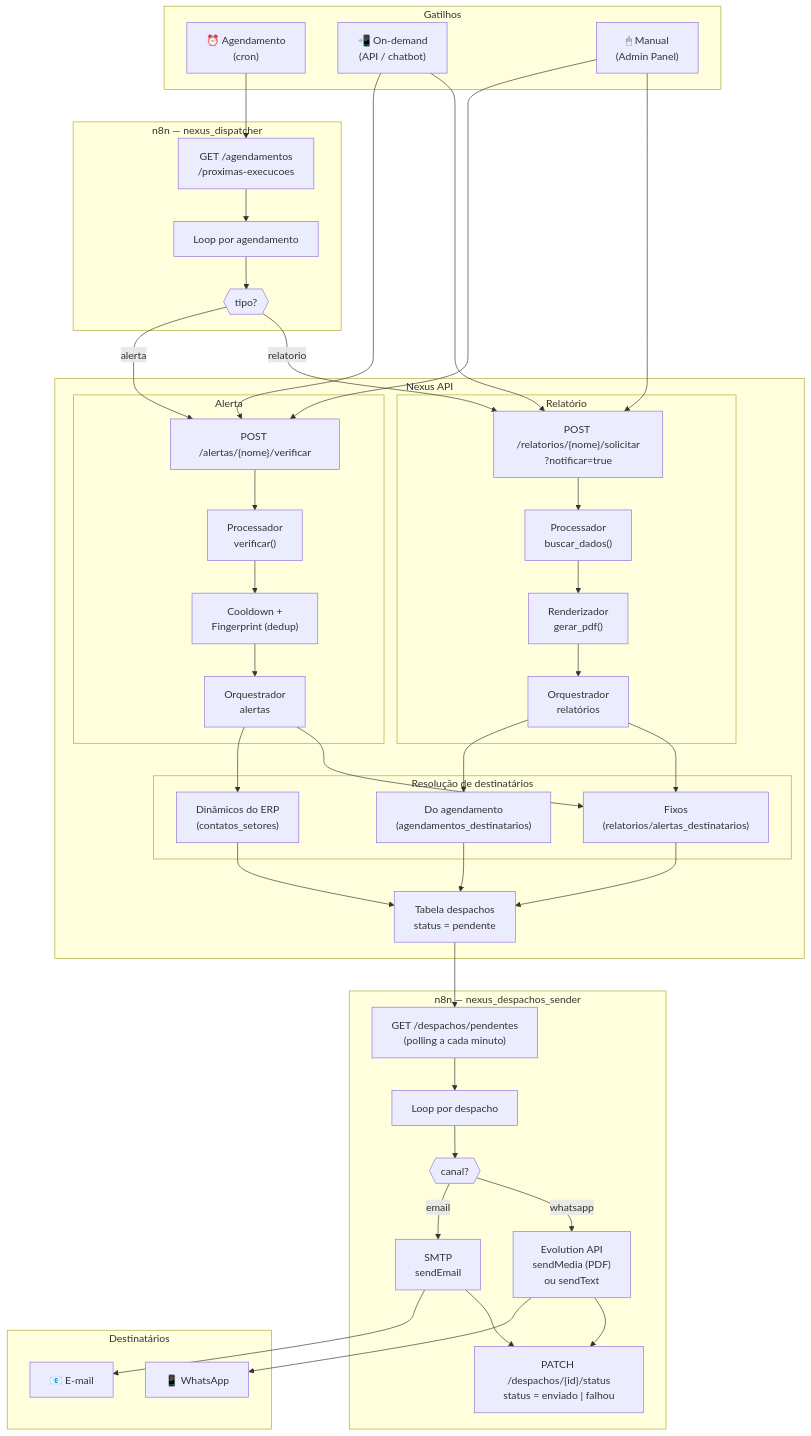
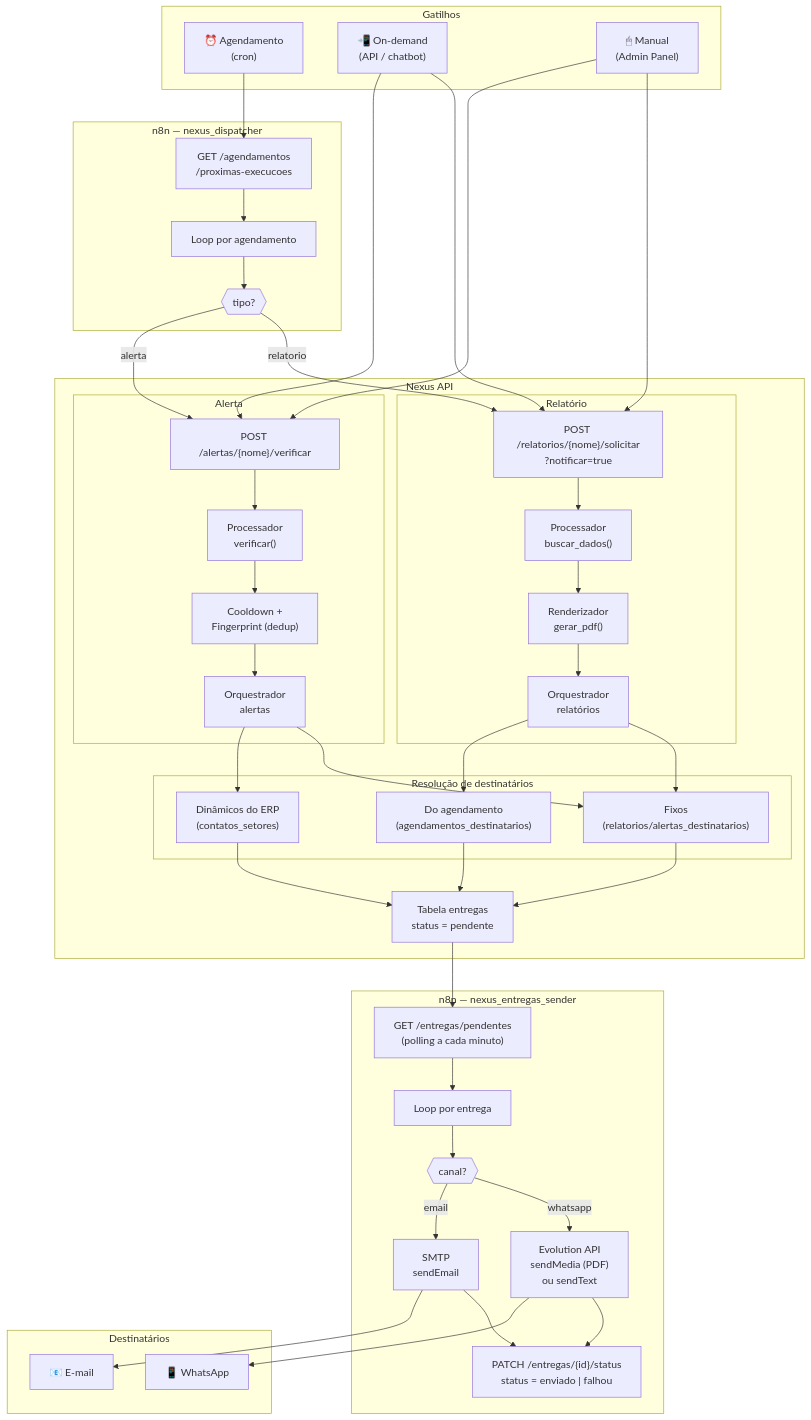
The first of 5 diagrams in docs/fluxo-sistema.md (ocerqueira/nexus-2), drawn with Mermaid before and after one commit. The commit also changed other lines of this file and 20 other files, not shown here.

````diff
--- a/docs/fluxo-sistema.md
+++ b/docs/fluxo-sistema.md
@@ -9,75 +9,75 @@
 ```mermaid
 flowchart TD
     subgraph GATILHOS["Gatilhos"]
         G1["⏰ Agendamento\n(cron)"]
         G2["📲 On-demand\n(API / chatbot)"]
         G3["🖱 Manual\n(Admin Panel)"]
     end
 
     subgraph N8N_DISP["n8n — nexus_dispatcher"]
         D1["GET /agendamentos\n/proximas-execucoes"]
         D2["Loop por agendamento"]
         D3{{"tipo?"}}
     end
 
     subgraph NEXUS["Nexus API"]
         subgraph RELATORIO["Relatório"]
             R1["POST /relatorios/{nome}/solicitar\n?notificar=true"]
             R2["Processador\nbuscar_dados()"]
             R3["Renderizador\ngerar_pdf()"]
             R4["Orquestrador\nrelatórios"]
         end
         subgraph ALERTA["Alerta"]
             A1["POST /alertas/{nome}/verificar"]
             A2["Processador\nverificar()"]
             A3["Cooldown +\nFingerprint (dedup)"]
             A4["Orquestrador\nalertas"]
         end
         subgraph DEST["Resolução de destinatários"]
             DE1["Fixos\n(relatorios/alertas_destinatarios)"]
             DE2["Dinâmicos do ERP\n(contatos_setores)"]
             DE3["Do agendamento\n(agendamentos_destinatarios)"]
         end
-        DP["Tabela despachos\nstatus = pendente"]
+        DP["Tabela entregas\nstatus = pendente"]
     end
 
-    subgraph N8N_SEND["n8n — nexus_despachos_sender"]
-        S1["GET /despachos/pendentes\n(polling a cada minuto)"]
-        S2["Loop por despacho"]
+    subgraph N8N_SEND["n8n — nexus_entregas_sender"]
+        S1["GET /entregas/pendentes\n(polling a cada minuto)"]
+        S2["Loop por entrega"]
         S3{{"canal?"}}
         S4["Evolution API\nsendMedia (PDF)\nou sendText"]
         S5["SMTP\nsendEmail"]
-        S6["PATCH /despachos/{id}/status\nstatus = enviado | falhou"]
+        S6["PATCH /entregas/{id}/status\nstatus = enviado | falhou"]
     end
 
     subgraph DEST_FINAL["Destinatários"]
         F1["📱 WhatsApp"]
         F2["📧 E-mail"]
     end
 
     G1 --> D1
     G2 --> R1
     G2 --> A1
     G3 --> R1
     G3 --> A1
 
     D1 --> D2 --> D3
     D3 -- relatorio --> R1
     D3 -- alerta --> A1
 
     R1 --> R2 --> R3 --> R4
     A1 --> A2 --> A3 --> A4
 
     R4 --> DE1 & DE3
     A4 --> DE1 & DE2
 
     DE1 & DE2 & DE3 --> DP
 
     DP --> S1
     S1 --> S2 --> S3
     S3 -- whatsapp --> S4 --> S6
     S3 -- email --> S5 --> S6
 
     S4 --> F1
     S5 --> F2
 ```
````
